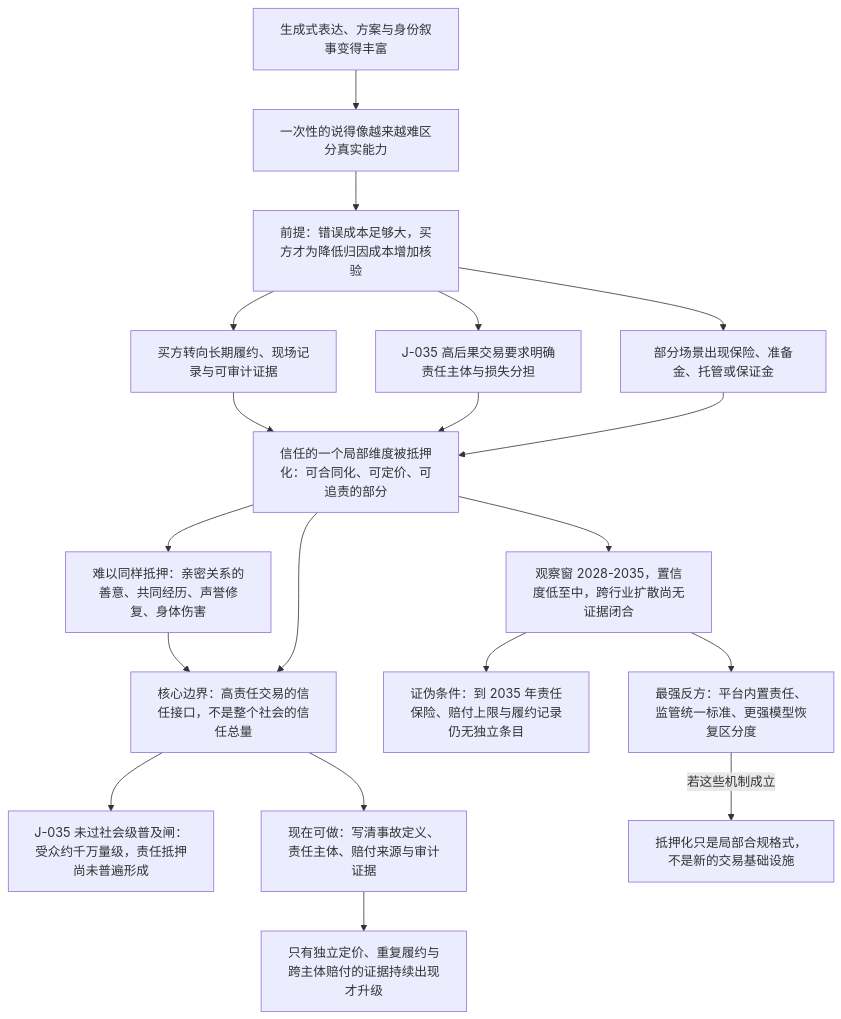
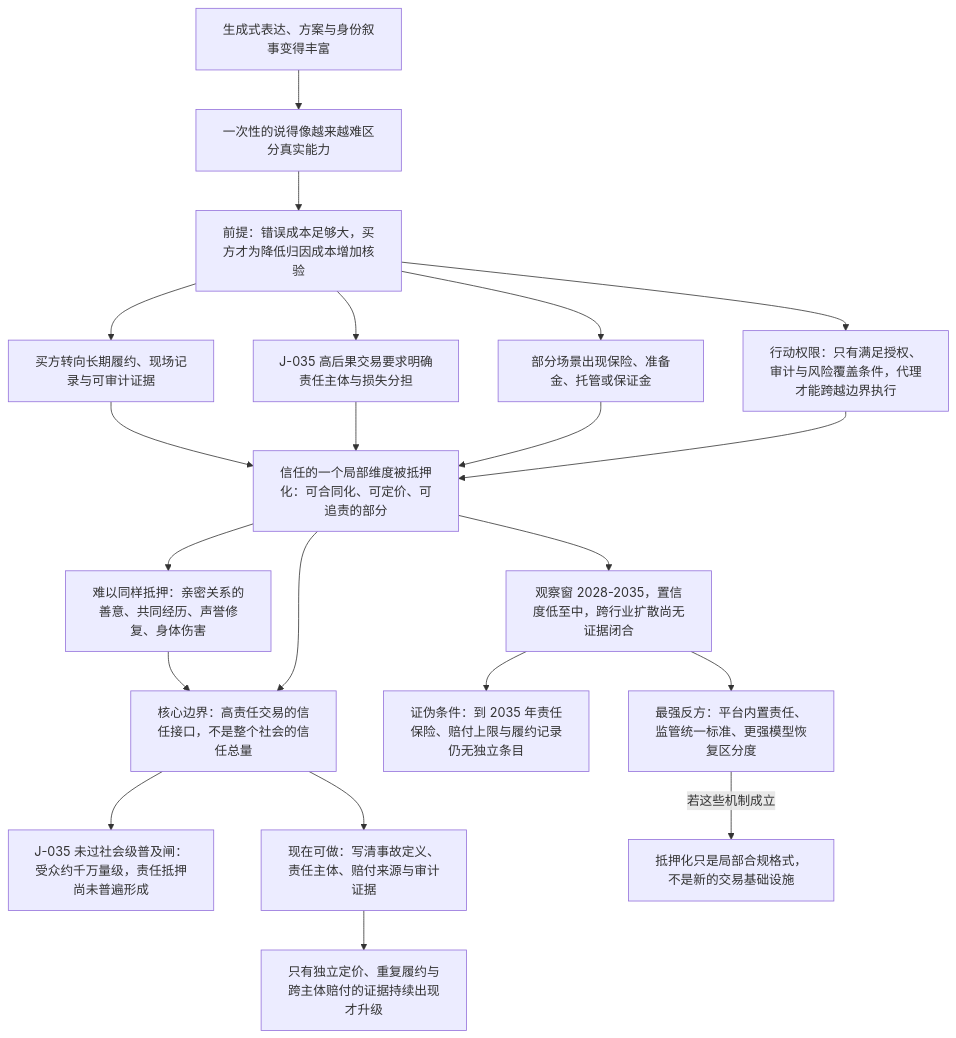
The diagram in docs/zh/chains/100-trust-collateralization.md (SenZhangAI/foresight-by-ai), drawn with Mermaid before and after one commit. The commit also changed 11 other files, not shown here.

````diff
--- a/docs/zh/chains/100-trust-collateralization.md
+++ b/docs/zh/chains/100-trust-collateralization.md
@@ -26,21 +26,23 @@
 ```mermaid
 flowchart TD
   ABUND["生成式表达、方案与身份叙事变得丰富"] --> WEAK["一次性的说得像越来越难区分真实能力"]
   WEAK --> COST["前提：错误成本足够大，买方才为降低归因成本增加核验"]
   COST --> B1["买方转向长期履约、现场记录与可审计证据"]
   COST --> B2["J-035 高后果交易要求明确责任主体与损失分担"]
   COST --> B3["部分场景出现保险、准备金、托管或保证金"]
+  COST --> B4["行动权限：只有满足授权、审计与风险覆盖条件，代理才能跨越边界执行"]
   B1 --> COLL["信任的一个局部维度被抵押化：可合同化、可定价、可追责的部分"]
   B2 --> COLL
   B3 --> COLL
+  B4 --> COLL
   COLL --> NOTCOLL["难以同样抵押：亲密关系的善意、共同经历、声誉修复、身体伤害"]
   COLL --> BOUND["核心边界：高责任交易的信任接口，不是整个社会的信任总量"]
   NOTCOLL --> BOUND
   BOUND --> SCOPE["J-035 未过社会级普及闸：受众约千万量级，责任抵押尚未普遍形成"]
   COLL --> WIN["观察窗 2028-2035，置信度低至中，跨行业扩散尚无证据闭合"]
   WIN --> FALS["证伪条件：到 2035 年责任保险、赔付上限与履约记录仍无独立条目"]
   WIN --> OPP["最强反方：平台内置责任、监管统一标准、更强模型恢复区分度"]
   OPP -->|"若这些机制成立"| LOCAL["抵押化只是局部合规格式，不是新的交易基础设施"]
   BOUND --> NOW["现在可做：写清事故定义、责任主体、赔付来源与审计证据"]
   NOW --> UPG["只有独立定价、重复履约与跨主体赔付的证据持续出现才升级"]
 ```
````
